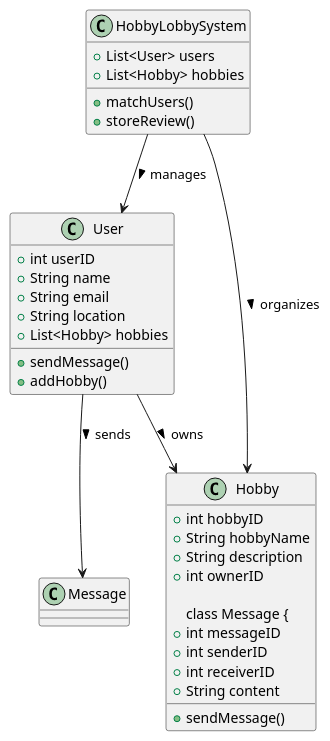
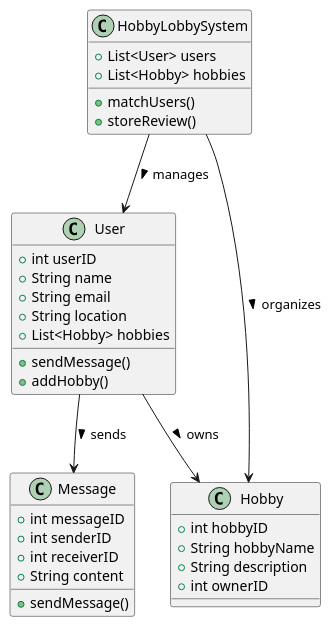
Before and after one commit to ubaid3199/HobbyLobby: the diagram in static/UML/Class.puml, drawn with PlantUML.

Commit message:
Added the Class Diagram and the Sequence diagram for Sprint 2

```diff
--- a/static/UML/Class.puml
+++ b/static/UML/Class.puml
@@ -1,38 +1,39 @@
 @startuml
 class User {
     + int userID      
     + String name
     + String email
     + String location
     + List<Hobby> hobbies
     + sendMessage()
     + addHobby()
 }
 
 class Hobby {
     + int hobbyID     
     + String hobbyName
     + String description
-    + int ownerID     
+    + int ownerID    
+}
 
 class Message {
     + int messageID   
     + int senderID    
     + int receiverID  
     + String content
     + sendMessage()
 }
 
 class HobbyLobbySystem {
     + List<User> users
     + List<Hobby> hobbies
     + matchUsers()
     + storeReview()
 }
 
 User --> Hobby : owns >
 User --> Message : sends >
 HobbyLobbySystem --> User : manages >
 HobbyLobbySystem --> Hobby : organizes >
 
 @enduml
```
